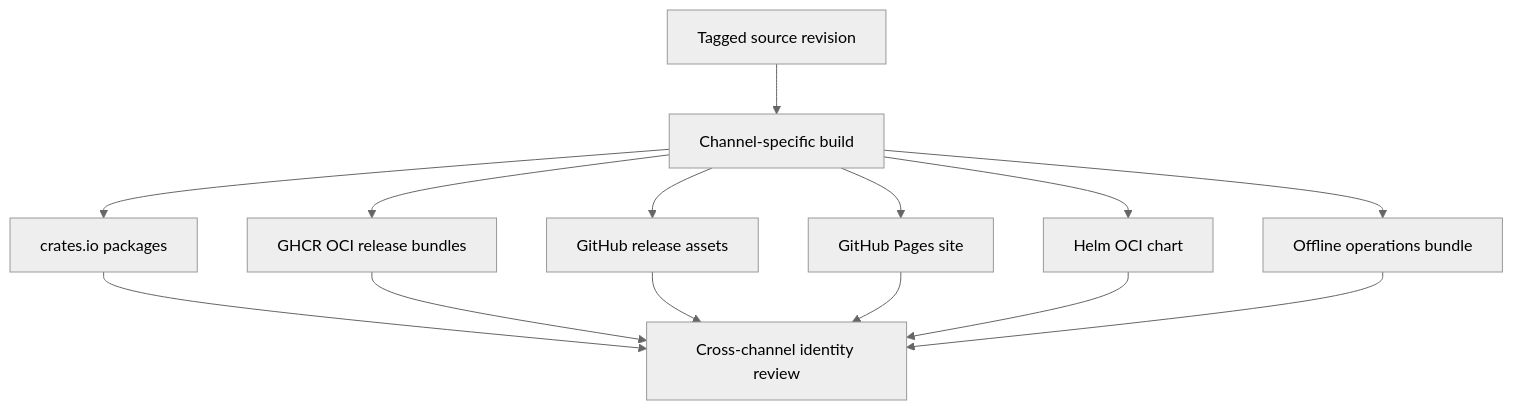
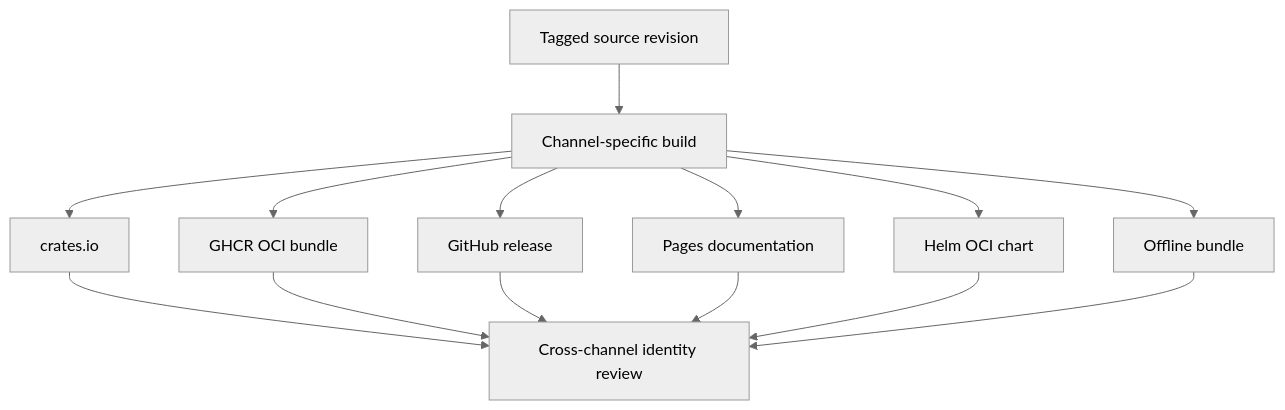
One commit to bijux/bijux-atlas changed the first of 2 diagrams in docs/bijux-atlas-ops/release/distribution-channels.md. Above: the diagram before and after it, drawn with Mermaid (neutral theme). The commit also changed other lines of this file and 1 other file, not shown here.

````diff
--- a/docs/bijux-atlas-ops/release/distribution-channels.md
+++ b/docs/bijux-atlas-ops/release/distribution-channels.md
@@ -17,16 +18,16 @@
 ```mermaid
 flowchart TB
     Source[Tagged source revision] --> Build[Channel-specific build]
-    Build --> Crates[crates.io packages]
-    Build --> OCI[GHCR OCI release bundles]
-    Build --> GitHub[GitHub release assets]
-    Build --> Docs[GitHub Pages site]
+    Build --> Crates[crates.io]
+    Build --> OCI[GHCR OCI bundle]
+    Build --> GitHub[GitHub release]
+    Build --> Docs[Pages documentation]
     Build --> Chart[Helm OCI chart]
-    Build --> Offline[Offline operations bundle]
+    Build --> Offline[Offline bundle]
     Crates --> Verify[Cross-channel identity review]
     OCI --> Verify
     GitHub --> Verify
     Docs --> Verify
     Chart --> Verify
     Offline --> Verify
 ```
````
